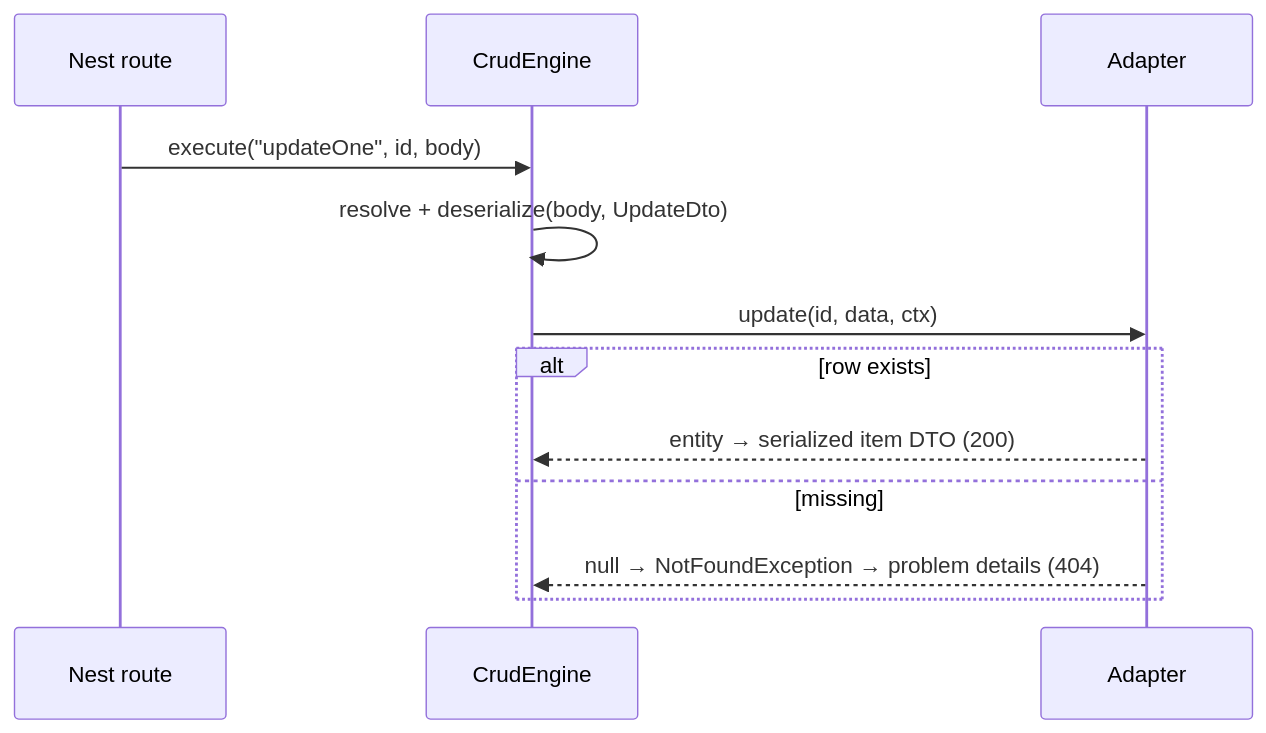
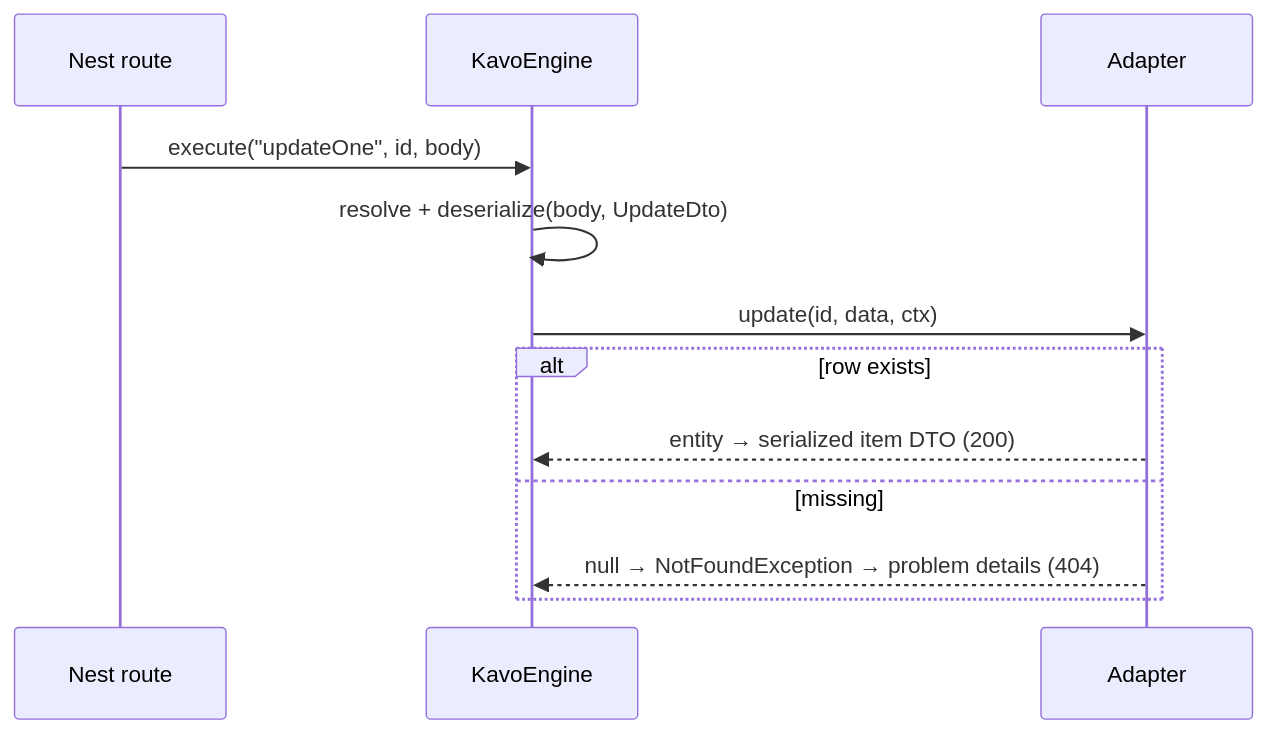
The fourth of 5 diagrams in docs/architecture/01-system-architecture.md (hosseinsalemi/crudo), drawn with Mermaid before and after one commit. The commit also changed other lines of this file and 38 other files, not shown here.

First line of the commit message:
docs: update Crud references to Kavo across docs, ADRs, and skills

````diff
--- a/docs/architecture/01-system-architecture.md
+++ b/docs/architecture/01-system-architecture.md
@@ -198,14 +198,14 @@
 ```mermaid
 sequenceDiagram
     participant C as Nest route
-    participant E as CrudEngine
+    participant E as KavoEngine
     participant A as Adapter
     C->>E: execute("updateOne", id, body)
     E->>E: resolve + deserialize(body, UpdateDto)
     E->>A: update(id, data, ctx)
     alt row exists
         A-->>E: entity → serialized item DTO (200)
     else missing
         A-->>E: null → NotFoundException → problem details (404)
     end
 ```
````
